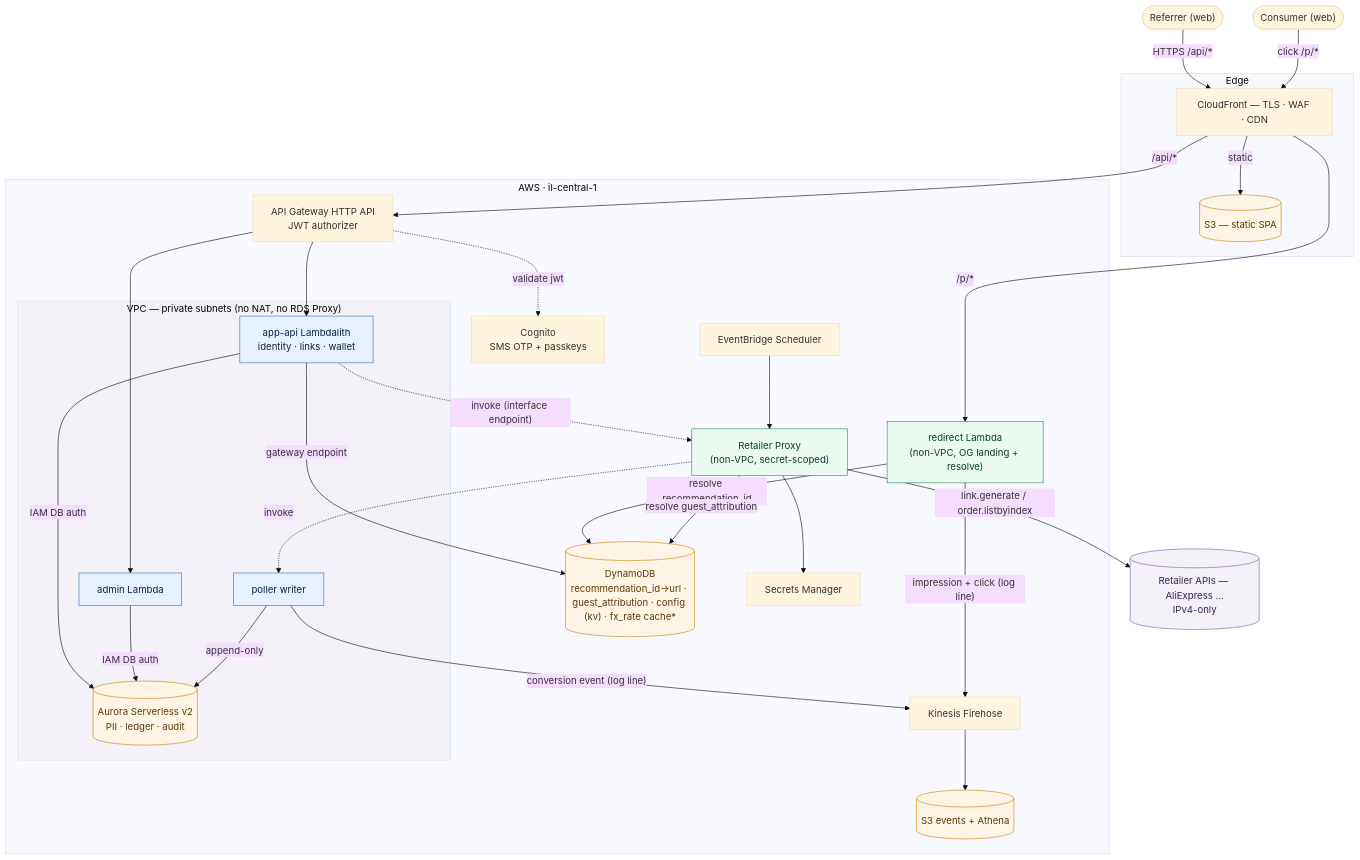
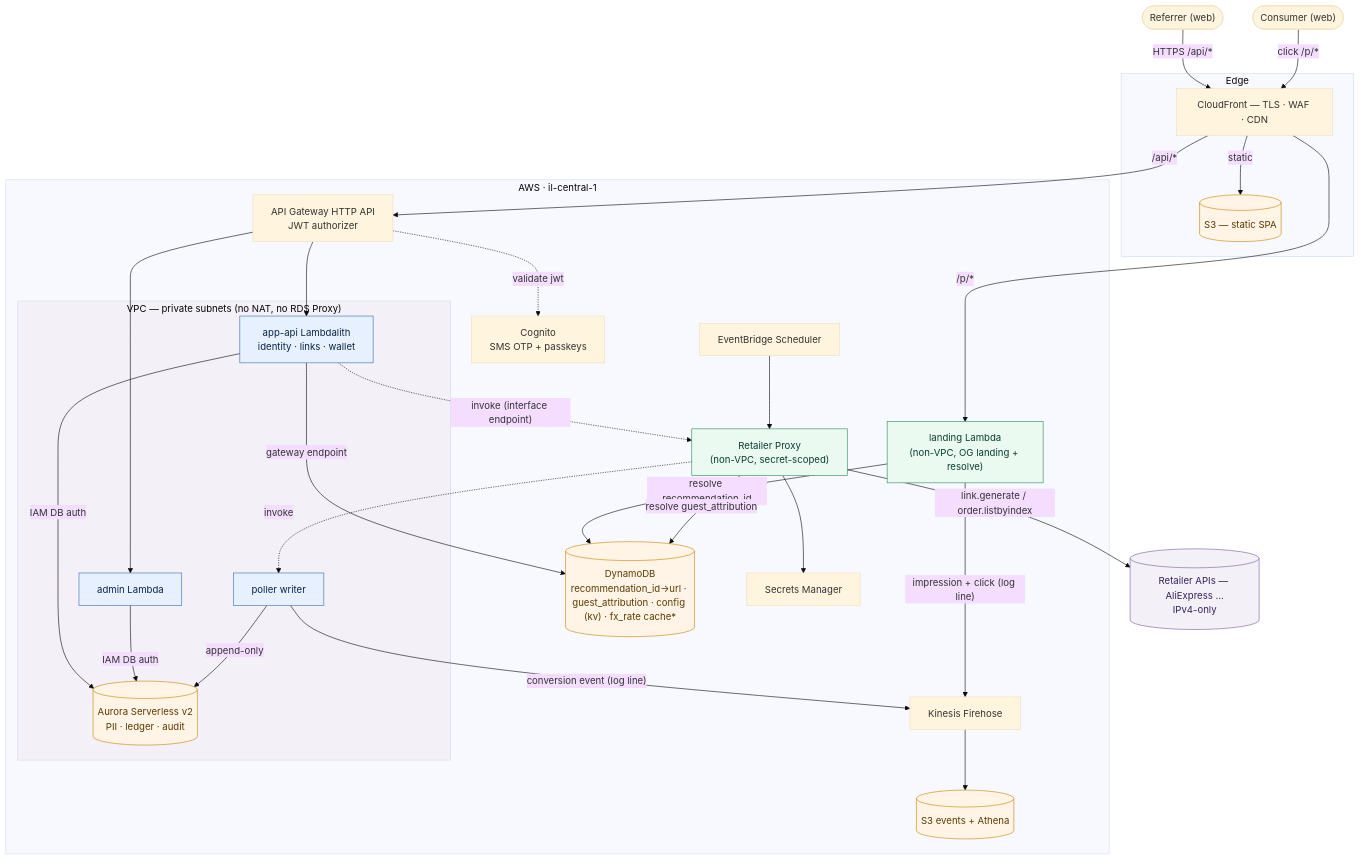
The diagram in docs/AWS_Architecture.md (wanthat-app/monorepo), drawn with Mermaid (base theme) before and after one commit. The commit also changed other lines of this file and 31 other files, not shown here.

First line of the commit message:
Rename `redirect` service to `landing`; clean 501 from skeleton handlers (#2)

````diff
--- a/docs/AWS_Architecture.md
+++ b/docs/AWS_Architecture.md
@@ -17,63 +17,63 @@
 ```mermaid
 flowchart TB
   referrer(["Referrer (web)"])
   consumer(["Consumer (web)"])
   retailer[("Retailer APIs — AliExpress …<br>IPv4-only")]
 
   subgraph edge["Edge"]
     cf["CloudFront — TLS · WAF · CDN"]
     s3site[("S3 — static SPA")]
   end
 
   subgraph region["AWS · il-central-1"]
     apigw["API Gateway HTTP API<br>JWT authorizer"]
     cognito["Cognito<br>SMS OTP + passkeys"]
-    redirect["redirect Lambda<br>(non-VPC, OG landing + resolve)"]
+    landing["landing Lambda<br>(non-VPC, OG landing + resolve)"]
     proxy["Retailer Proxy<br>(non-VPC, secret-scoped)"]
     sched["EventBridge Scheduler"]
     ddb[("DynamoDB<br>recommendation_id→url · guest_attribution · config (kv) · fx_rate cache*")]
     secrets["Secrets Manager"]
     firehose["Kinesis Firehose"]
     s3events[("S3 events + Athena")]
 
     subgraph vpc["VPC — private subnets (no NAT, no RDS Proxy)"]
       lambdalith["app-api Lambdalith<br>identity · links · wallet"]
       admin["admin Lambda"]
       writer["poller writer"]
       aurora[("Aurora Serverless v2<br>PII · ledger · audit")]
     end
   end
 
   referrer -- "HTTPS /api/*" --> cf
   consumer -- "click /p/*" --> cf
   cf -- "static" --> s3site
   cf -- "/api/*" --> apigw
-  cf -- "/p/*" --> redirect
+  cf -- "/p/*" --> landing
   apigw -. "validate jwt" .-> cognito
   apigw --> lambdalith
   apigw --> admin
   lambdalith -- "IAM DB auth" --> aurora
   admin -- "IAM DB auth" --> aurora
   writer -- "append-only" --> aurora
   lambdalith -- "gateway endpoint" --> ddb
   lambdalith -. "invoke (interface endpoint)" .-> proxy
-  redirect -- "resolve recommendation_id" --> ddb
-  redirect -- "impression + click (log line)" --> firehose
+  landing -- "resolve recommendation_id" --> ddb
+  landing -- "impression + click (log line)" --> firehose
   writer -- "conversion event (log line)" --> firehose
   firehose --> s3events
   sched --> proxy
   proxy -- "resolve guest_attribution" --> ddb
   proxy -. "invoke" .-> writer
   proxy --> secrets
   proxy -- "link.generate / order.listbyindex" --> retailer
 
   classDef invpc fill:#e6f0ff,stroke:#3b6fb3,color:#0b2545
   classDef novpc fill:#eafaf1,stroke:#2e8b57,color:#0b3d2e
   classDef data fill:#fff4e6,stroke:#cc8400,color:#5c3b00
   classDef ext fill:#f3f0f7,stroke:#7a5fa3,color:#33235c
   class lambdalith,admin,writer invpc
-  class redirect,proxy novpc
+  class landing,proxy novpc
   class aurora,ddb,s3events,s3site data
   class retailer ext
   style vpc fill:#f3f0f7
 ```
````
